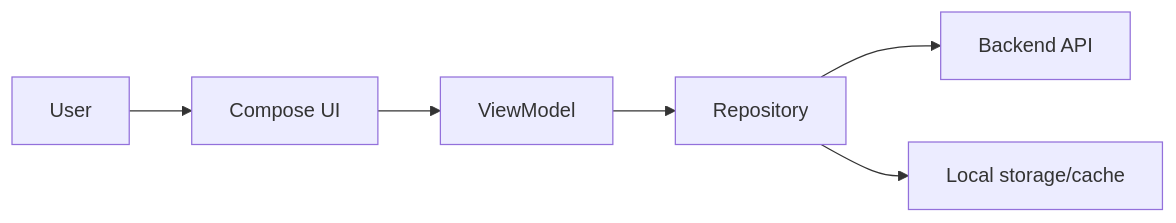
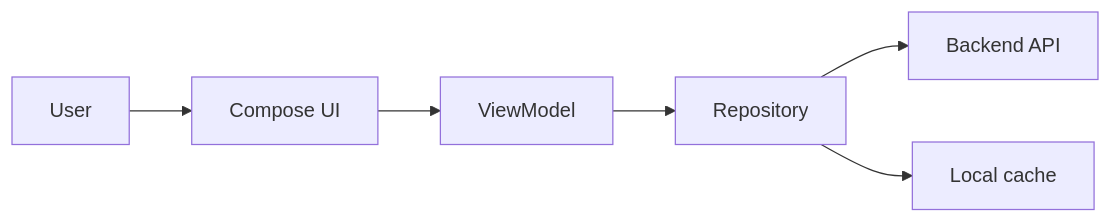
Before and after one commit to Danh20100/moibile_app: the first of 2 diagrams in docs/contexts/layers/frontend.md, drawn with Mermaid. The commit also changed other lines of this file and 9 other files, not shown here.

````diff
--- a/docs/contexts/layers/frontend.md
+++ b/docs/contexts/layers/frontend.md
@@ -9,8 +16,8 @@
 ```mermaid
 flowchart LR
-    USER[User] --> UI[Compose UI]
-    UI --> VM[ViewModel]
-    VM --> REP[Repository]
-    REP --> API[Backend API]
-    REP --> LOCAL[Local storage/cache]
+    USER["User"] --> UI["Compose UI"]
+    UI --> VM["ViewModel"]
+    VM --> REP["Repository"]
+    REP --> API["Backend API"]
+    REP --> LOCAL["Local cache"]
 ```
````
